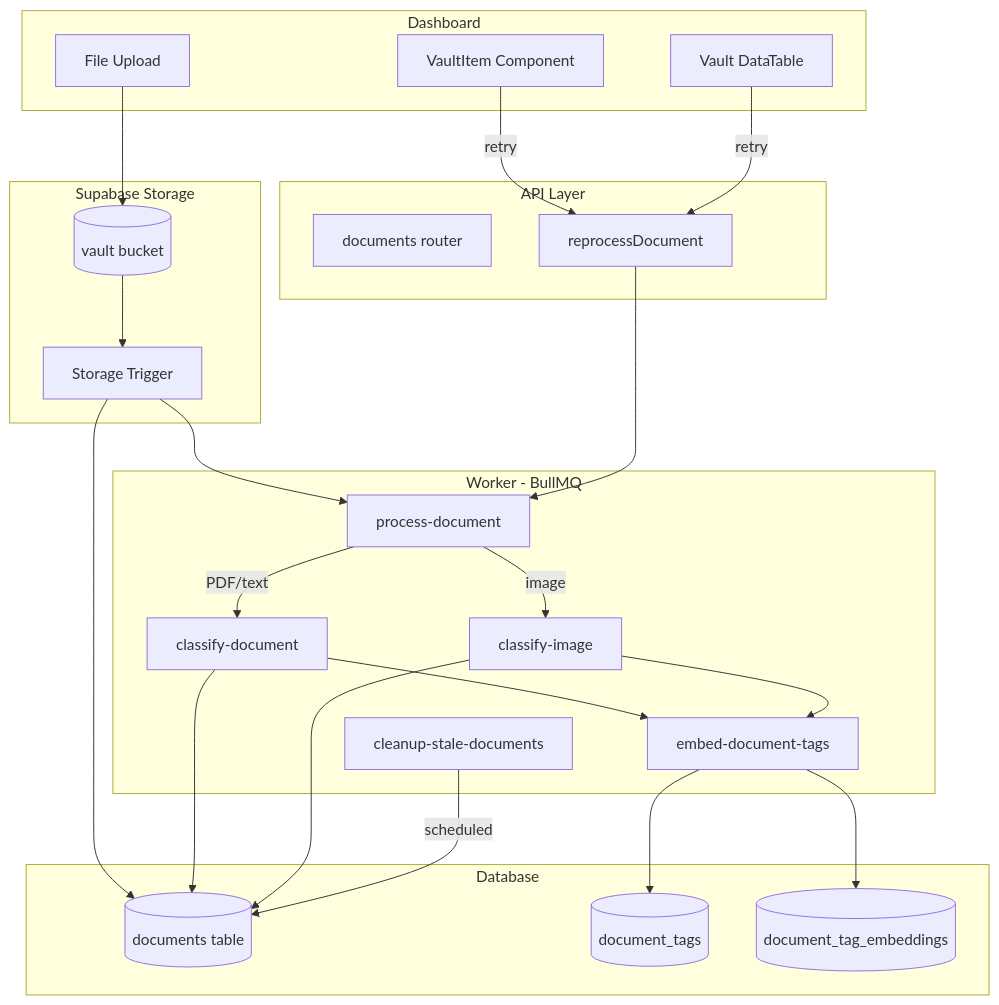
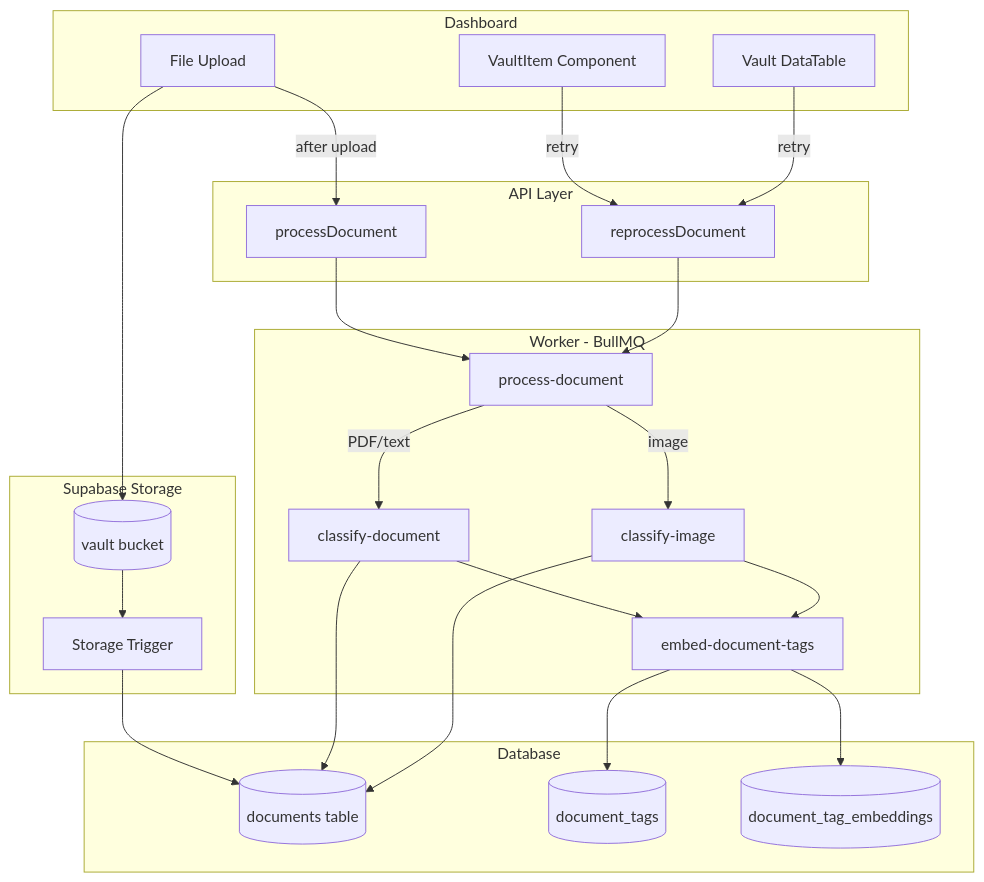
The first of 6 diagrams in docs/document-processing.md (midday-ai/midday), drawn with Mermaid before and after one commit. The commit also changed other lines of this file and 13 other files, not shown here.

````diff
--- a/docs/document-processing.md
+++ b/docs/document-processing.md
@@ -20,53 +20,51 @@
 ```mermaid
 graph TB
     subgraph dashboard [Dashboard]
         Upload[File Upload]
         VaultItem[VaultItem Component]
         DataTable[Vault DataTable]
     end
     
     subgraph storage [Supabase Storage]
         Bucket[(vault bucket)]
         Trigger[Storage Trigger]
     end
     
     subgraph api [API Layer]
-        Router[documents router]
+        ProcessAPI[processDocument]
         Reprocess[reprocessDocument]
     end
     
     subgraph db [Database]
         Documents[(documents table)]
         Tags[(document_tags)]
         Embeddings[(document_tag_embeddings)]
     end
     
     subgraph worker [Worker - BullMQ]
         ProcessDoc[process-document]
         ClassifyDoc[classify-document]
         ClassifyImg[classify-image]
         EmbedTags[embed-document-tags]
-        Cleanup[cleanup-stale-documents]
     end
     
     Upload --> Bucket
     Bucket --> Trigger
     Trigger --> Documents
-    Trigger --> ProcessDoc
+    Upload -->|after upload| ProcessAPI
+    ProcessAPI --> ProcessDoc
     
     ProcessDoc -->|PDF/text| ClassifyDoc
     ProcessDoc -->|image| ClassifyImg
     ClassifyDoc --> EmbedTags
     ClassifyImg --> EmbedTags
     
     ClassifyDoc --> Documents
     ClassifyImg --> Documents
     EmbedTags --> Tags
     EmbedTags --> Embeddings
     
     VaultItem -->|retry| Reprocess
     DataTable -->|retry| Reprocess
     Reprocess --> ProcessDoc
-    
-    Cleanup -->|scheduled| Documents
 ```
````
